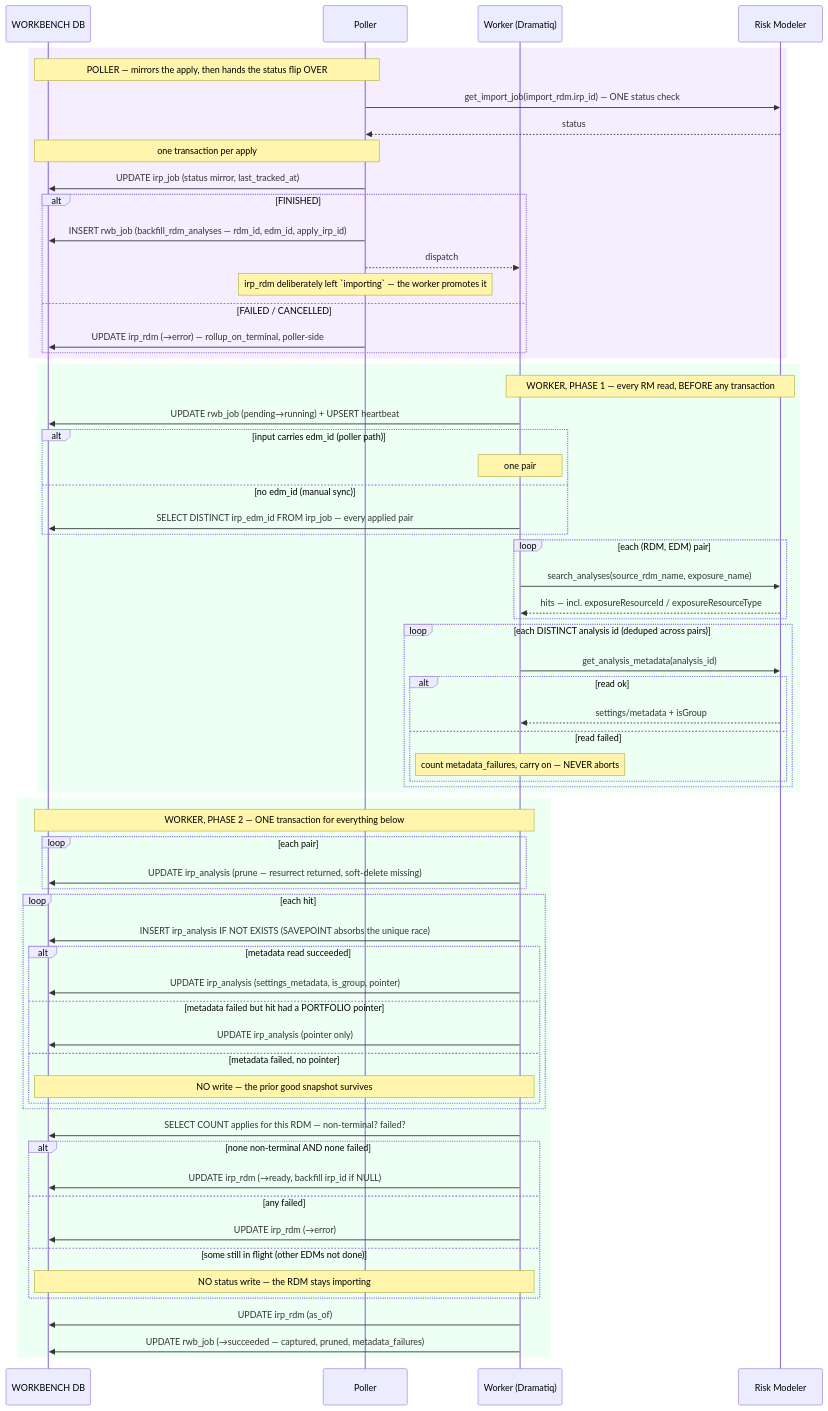
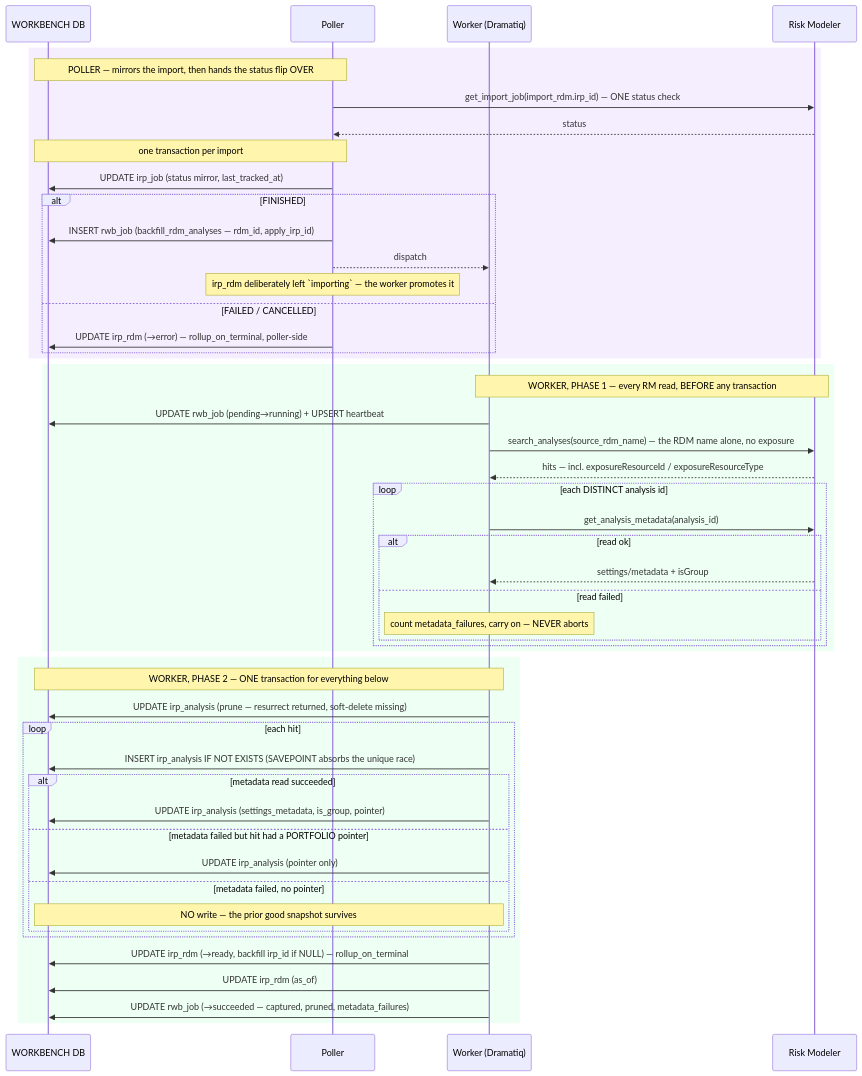
Before and after one commit to anilvenugopal/risk-workbench: the diagram in docs/sequence_diagrams/backfill/backfill_rdm_analyses.md, drawn with Mermaid. The commit also changed other lines of this file and 8 other files, not shown here.

First line of the commit message:
Update docs and sequence diagrams for standalone RDM import

````diff
--- a/docs/sequence_diagrams/backfill/backfill_rdm_analyses.md
+++ b/docs/sequence_diagrams/backfill/backfill_rdm_analyses.md
@@ -58,71 +58,55 @@
 ```mermaid
 sequenceDiagram
     participant DB as WORKBENCH DB
     participant P as Poller
     participant W as Worker (Dramatiq)
     participant RM as Risk Modeler
 
     rect rgb(245,238,255)
-        Note over P,DB: POLLER — mirrors the apply, then hands the status flip OVER
+        Note over P,DB: POLLER — mirrors the import, then hands the status flip OVER
         P->>RM: get_import_job(import_rdm.irp_id) — ONE status check
         RM-->>P: status
-        Note over P,DB: one transaction per apply
+        Note over P,DB: one transaction per import
         P->>DB: UPDATE irp_job (status mirror, last_tracked_at)
         alt FINISHED
-            P->>DB: INSERT rwb_job (backfill_rdm_analyses — rdm_id, edm_id, apply_irp_id)
+            P->>DB: INSERT rwb_job (backfill_rdm_analyses — rdm_id, apply_irp_id)
             P-->>W: dispatch
             Note over P: irp_rdm deliberately left `importing` — the worker promotes it
         else FAILED / CANCELLED
             P->>DB: UPDATE irp_rdm (→error) — rollup_on_terminal, poller-side
         end
     end
 
     rect rgb(238,255,244)
         Note over W,RM: WORKER, PHASE 1 — every RM read, BEFORE any transaction
         W->>DB: UPDATE rwb_job (pending→running) + UPSERT heartbeat
-        alt input carries edm_id (poller path)
-            Note over W: one pair
-        else no edm_id (manual sync)
-            W->>DB: SELECT DISTINCT irp_edm_id FROM irp_job — every applied pair
-        end
-        loop each (RDM, EDM) pair
-            W->>RM: search_analyses(source_rdm_name, exposure_name)
-            RM-->>W: hits — incl. exposureResourceId / exposureResourceType
-        end
-        loop each DISTINCT analysis id (deduped across pairs)
+        W->>RM: search_analyses(source_rdm_name) — the RDM name alone, no exposure
+        RM-->>W: hits — incl. exposureResourceId / exposureResourceType
+        loop each DISTINCT analysis id
             W->>RM: get_analysis_metadata(analysis_id)
             alt read ok
                 RM-->>W: settings/metadata + isGroup
             else read failed
                 Note over W: count metadata_failures, carry on — NEVER aborts
             end
         end
     end
 
     rect rgb(238,255,244)
         Note over W,DB: WORKER, PHASE 2 — ONE transaction for everything below
-        loop each pair
-            W->>DB: UPDATE irp_analysis (prune — resurrect returned, soft-delete missing)
-        end
+        W->>DB: UPDATE irp_analysis (prune — resurrect returned, soft-delete missing)
         loop each hit
             W->>DB: INSERT irp_analysis IF NOT EXISTS (SAVEPOINT absorbs the unique race)
             alt metadata read succeeded
                 W->>DB: UPDATE irp_analysis (settings_metadata, is_group, pointer)
             else metadata failed but hit had a PORTFOLIO pointer
                 W->>DB: UPDATE irp_analysis (pointer only)
             else metadata failed, no pointer
                 Note over W,DB: NO write — the prior good snapshot survives
             end
         end
-        W->>DB: SELECT COUNT applies for this RDM — non-terminal? failed?
-        alt none non-terminal AND none failed
-            W->>DB: UPDATE irp_rdm (→ready, backfill irp_id if NULL)
-        else any failed
-            W->>DB: UPDATE irp_rdm (→error)
-        else some still in flight (other EDMs not done)
-            Note over W,DB: NO status write — the RDM stays importing
-        end
+        W->>DB: UPDATE irp_rdm (→ready, backfill irp_id if NULL) — rollup_on_terminal
         W->>DB: UPDATE irp_rdm (as_of)
         W->>DB: UPDATE rwb_job (→succeeded — captured, pruned, metadata_failures)
     end
 ```
````
